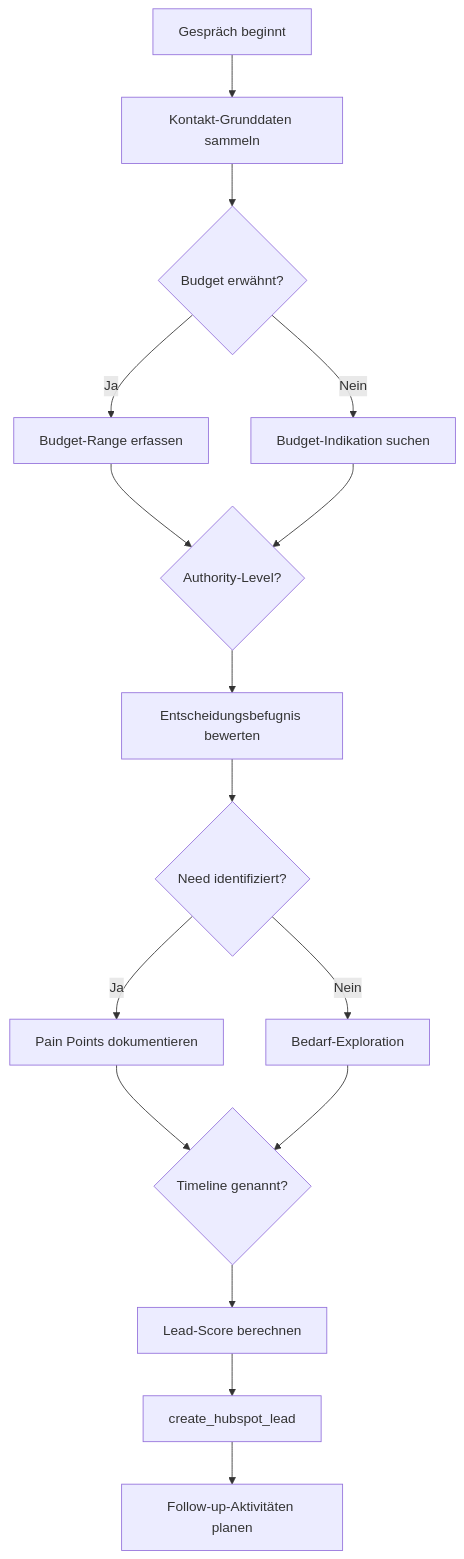
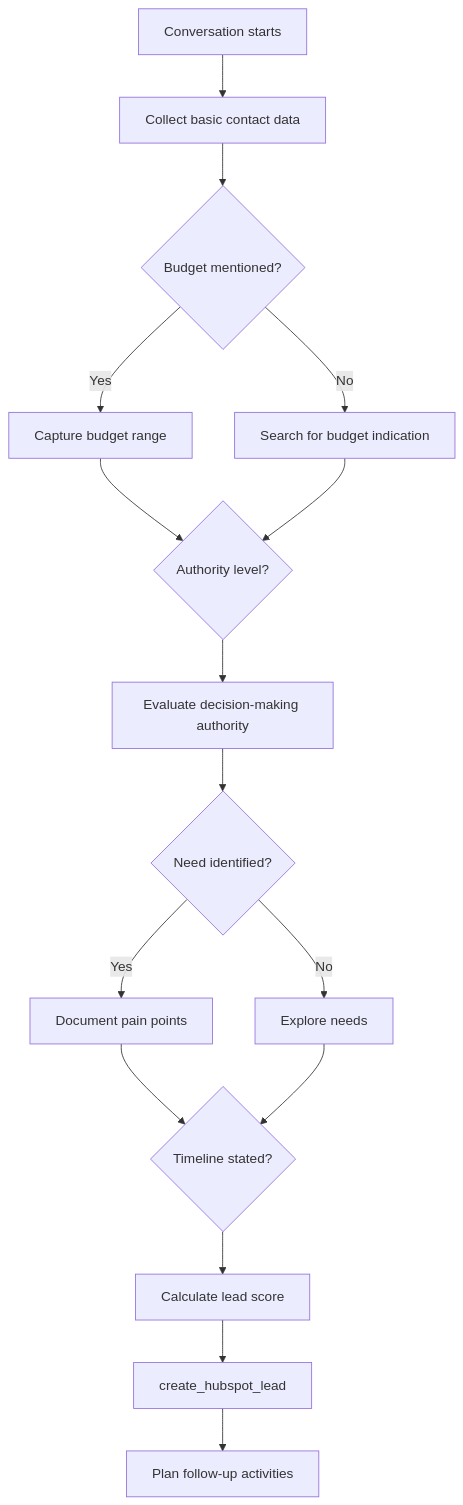
The first of 2 diagrams in en/automation-platform/mid-call-tools/integration-templates/hubspot-lead-erstellung.mdx (bekgroup/Famulor-docs-de), drawn with Mermaid before and after one commit. The commit also changed other lines of this file and 7 other files, not shown here.

````diff
--- a/en/automation-platform/mid-call-tools/integration-templates/hubspot-lead-erstellung.mdx
+++ b/en/automation-platform/mid-call-tools/integration-templates/hubspot-lead-erstellung.mdx
@@ -151,18 +150,18 @@
 ```mermaid
 flowchart TD
-    A[Gespräch beginnt] --> B[Kontakt-Grunddaten sammeln]
-    B --> C{Budget erwähnt?}
-    C -->|Ja| D[Budget-Range erfassen]
-    C -->|Nein| E[Budget-Indikation suchen]
-    D --> F{Authority-Level?}
+    A[Conversation starts] --> B[Collect basic contact data]
+    B --> C{Budget mentioned?}
+    C -->|Yes| D[Capture budget range]
+    C -->|No| E[Search for budget indication]
+    D --> F{Authority level?}
     E --> F
-    F --> G[Entscheidungsbefugnis bewerten]
-    G --> H{Need identifiziert?}
-    H -->|Ja| I[Pain Points dokumentieren]  
-    H -->|Nein| J[Bedarf-Exploration]
-    I --> K{Timeline genannt?}
+    F --> G[Evaluate decision-making authority]
+    G --> H{Need identified?}
+    H -->|Yes| I[Document pain points]  
+    H -->|No| J[Explore needs]
+    I --> K{Timeline stated?}
     J --> K
-    K --> L[Lead-Score berechnen]
+    K --> L[Calculate lead score]
     L --> M[create_hubspot_lead]
-    M --> N[Follow-up-Aktivitäten planen]
+    M --> N[Plan follow-up activities]
 ```
````
